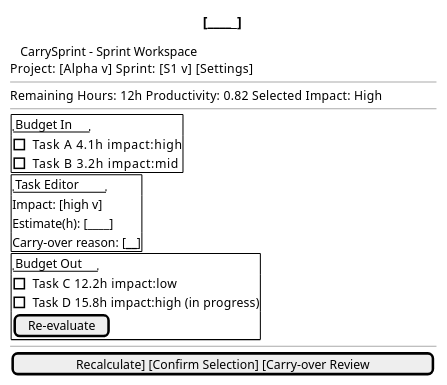
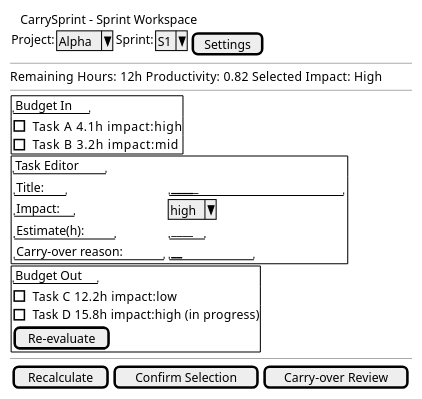
One commit to fangface-hub/carry_sprint_docs changed the diagram in docs/ui/screen_sprint_workspace.puml. Above: the diagram before and after it, drawn with PlantUML. The commit also changed 11 other files, not shown here.

```diff
--- a/docs/ui/screen_sprint_workspace.puml
+++ b/docs/ui/screen_sprint_workspace.puml
@@ -1,34 +1,40 @@
 @startuml CarrySprintSprintWorkspaceScreen
 salt
 {
 {T
 + CarrySprint - Sprint Workspace
-Project: [Alpha v]   Sprint: [S1 v]   [Settings]
 }
+{|
+Project: | ^Alpha^ | Sprint: | ^S1^ | [Settings]
+|}
 --
 Remaining Hours: 12h   Productivity: 0.82   Selected Impact: High
 --
 {|
 {+
 "Budget In"
 [] Task A   4.1h   impact:high
 [] Task B   3.2h   impact:mid
 }
 {+
 "Task Editor"
-Title: [_____________________]
-Impact: [high v]
-Estimate(h): [____]
-Carry-over reason: [__________]
+{
+"Title:"             | "_____________________"
+"Impact:"            | ^high^
+"Estimate(h):"       | "____"
+"Carry-over reason:" | "__________"
+}
 }
 {+
 "Budget Out"
 [] Task C  12.2h  impact:low
 [] Task D  15.8h  impact:high (in progress)
 [Re-evaluate]
 }
 |}
 --
-[Recalculate] [Confirm Selection] [Carry-over Review]
+{
+[Recalculate] | [Confirm Selection] | [Carry-over Review]
+}
 }
 @enduml
```
